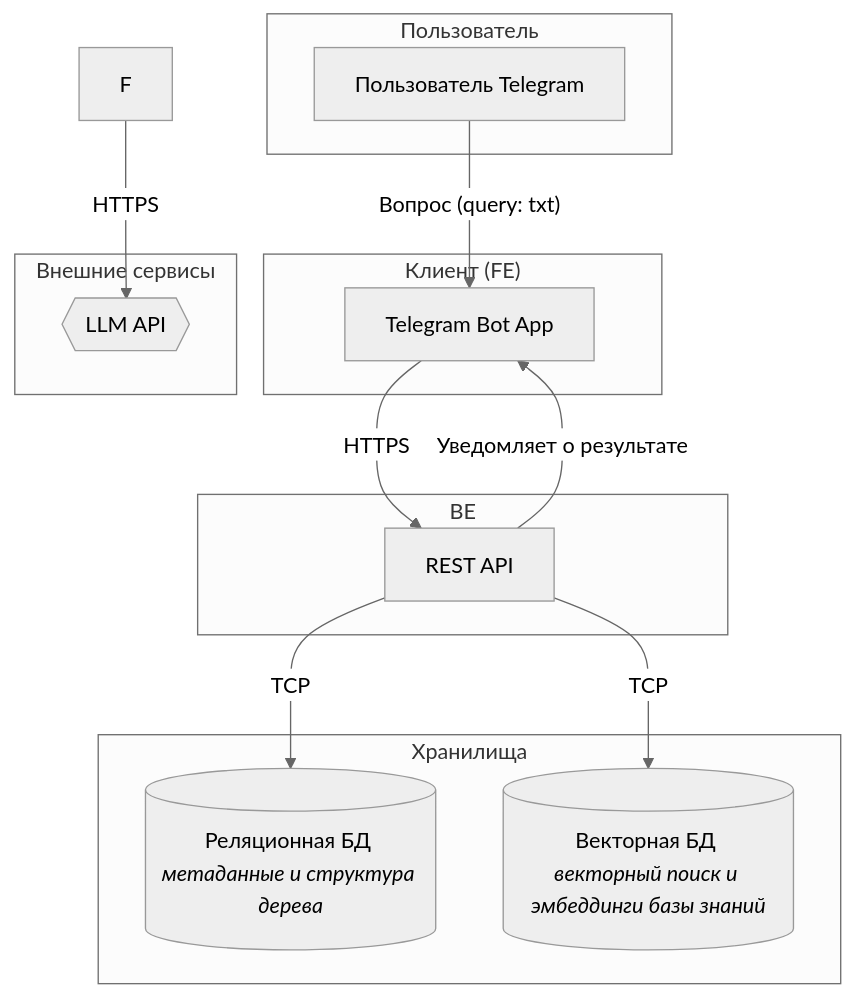
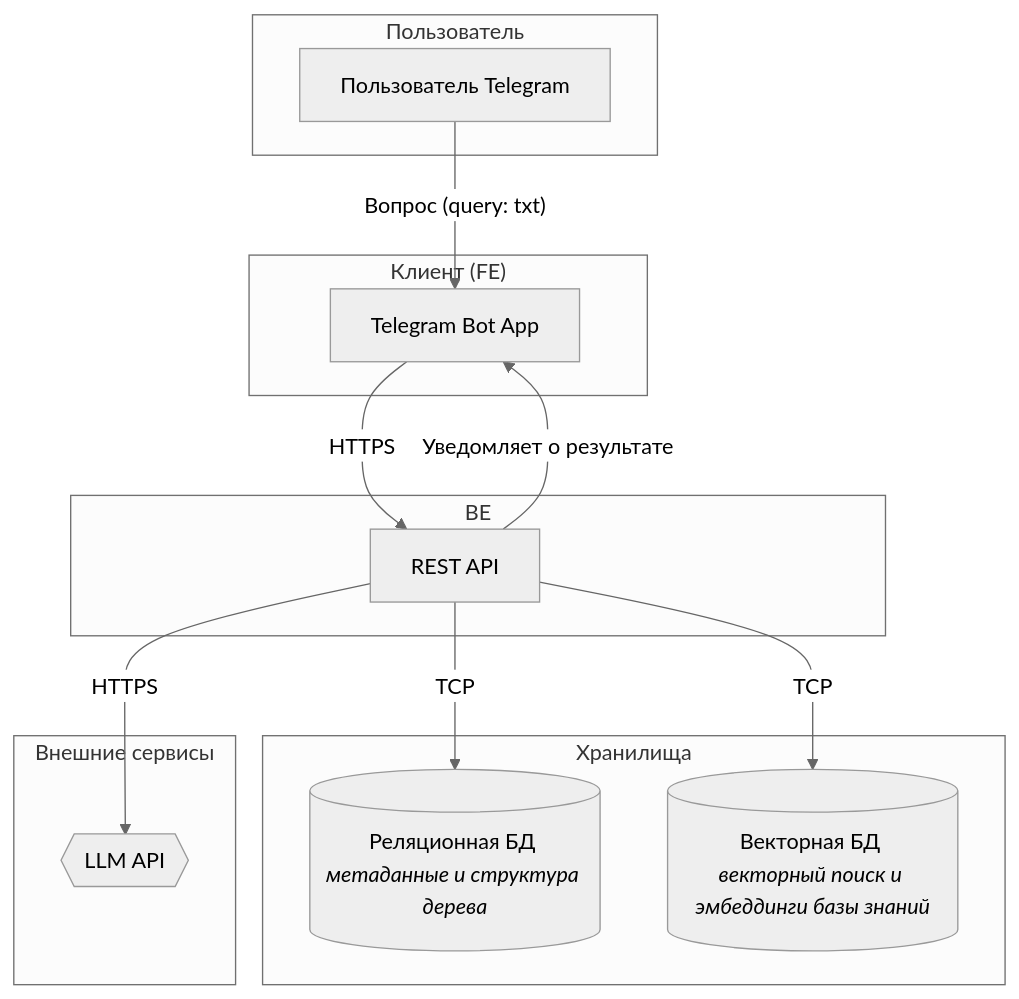
Before and after one commit to patolog123/Analyst-3.0: the diagram in Анастасия_Друзьянова/architect.MD, drawn with Mermaid (neutral theme).

````diff
--- a/Анастасия_Друзьянова/architect.MD
+++ b/Анастасия_Друзьянова/architect.MD
@@ -1,31 +1,31 @@
 ```mermaid
 graph TD
     subgraph "Пользователь"
         A[Пользователь Telegram]
     end
 
     subgraph "Клиент (FE)"
         B[Telegram Bot App]
     end
 
     subgraph "BE"
         C[REST API]
     end
 
     subgraph "Хранилища"
-        G[(Реляционная БД <br><i>метаданные и структура дерева</i>)]
-        I[(Векторная БД <br><i>векторный поиск и эмбеддинги базы знаний</i>)]
+        D[(Реляционная БД <br><i>метаданные и структура дерева</i>)]
+        E[(Векторная БД <br><i>векторный поиск и эмбеддинги базы знаний</i>)]
     end
 
     subgraph "Внешние сервисы"
         H{{LLM API}}
     end
 
     %% Связи между компонентами
     A -- Вопрос (query: txt) --> B
     B -- HTTPS --> C
-    F -- HTTPS --> H
-    C -- TCP --> G
-    C -- TCP --> I
+    C -- HTTPS --> H
+    C -- TCP --> D
+    C -- TCP --> E
     C -- Уведомляет о результате --> B
 ```
````
